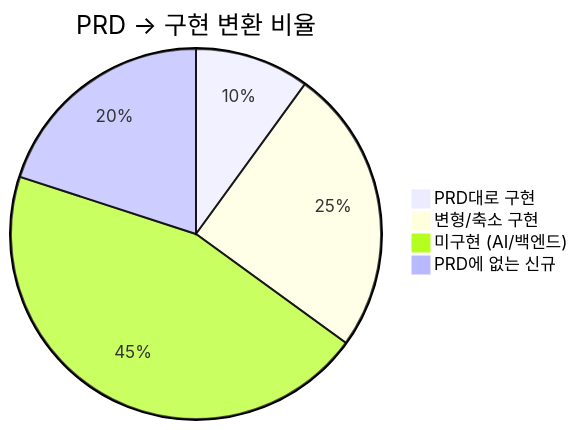
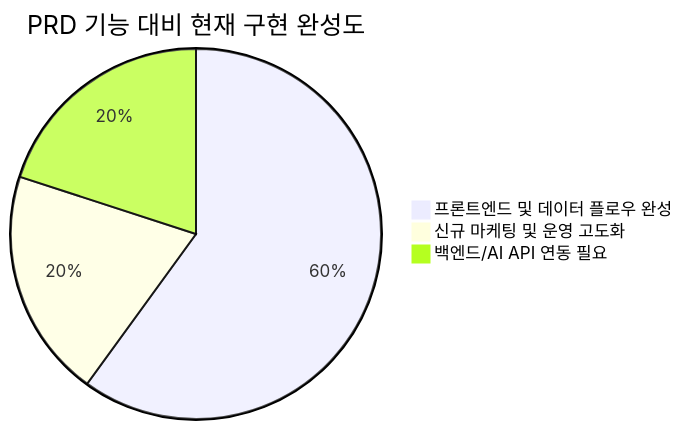
One commit to leehwajin78/career-translate-lab changed the diagram in prd_vs_implementation_analysis.md. Above: the diagram before and after it, drawn with Mermaid. The commit also changed other lines of this file and 1 other file, not shown here.

Commit message:
docs: add PRD analysis and service UX flowchart

````diff
--- a/prd_vs_implementation_analysis.md
+++ b/prd_vs_implementation_analysis.md
@@ -375,7 +191,6 @@
 ```mermaid
-pie title PRD → 구현 변환 비율
-    "PRD대로 구현" : 10
-    "변형/축소 구현" : 25
-    "미구현 (AI/백엔드)" : 45
-    "PRD에 없는 신규" : 20
+pie title PRD 기능 대비 현재 구현 완성도
+    "프론트엔드 및 데이터 플로우 완성" : 60
+    "신규 마케팅 및 운영 고도화" : 20
+    "백엔드/AI API 연동 필요" : 20
 ```
````
